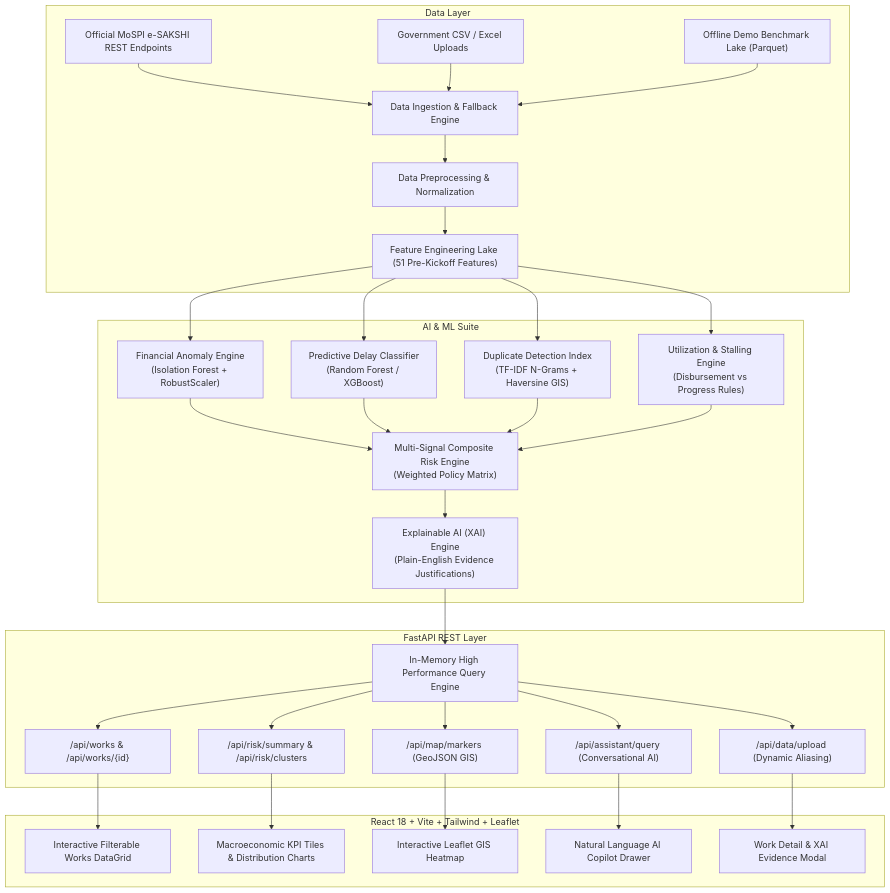
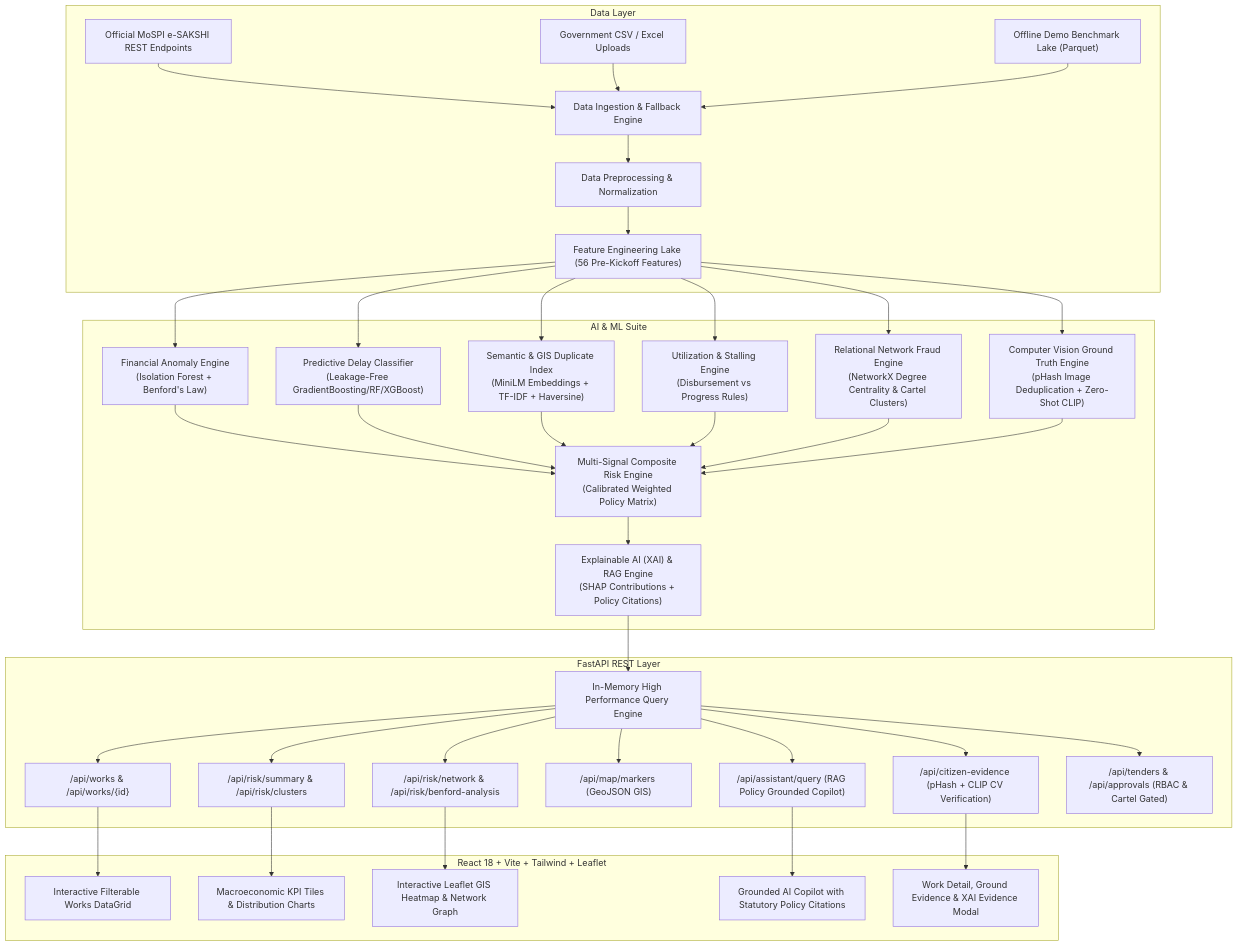
Before and after one commit to chirag-gupta-07/MLPAD-updated: the diagram in README.md, drawn with Mermaid. The commit also changed other lines of this file and 59 other files, not shown here.

Commit message:
feat: add full-page animated intro, logo everywhere, citizen clustering, network analysis, benford fraud detection, and auth gateway

````diff
--- a/README.md
+++ b/README.md
@@ -45,41 +45,47 @@
 ```mermaid
 flowchart TB
     subgraph Data Layer
         A1["Official MoSPI e-SAKSHI REST Endpoints"] --> B1["Data Ingestion & Fallback Engine"]
         A2["Government CSV / Excel Uploads"] --> B1
         A3["Offline Demo Benchmark Lake (Parquet)"] --> B1
         B1 --> C1["Data Preprocessing & Normalization"]
-        C1 --> D1["Feature Engineering Lake (51 Pre-Kickoff Features)"]
+        C1 --> D1["Feature Engineering Lake (56 Pre-Kickoff Features)"]
     end
 
     subgraph AI & ML Suite
-        D1 --> M1["Financial Anomaly Engine<br/>(Isolation Forest + RobustScaler)"]
-        D1 --> M2["Predictive Delay Classifier<br/>(Random Forest / XGBoost)"]
-        D1 --> M3["Duplicate Detection Index<br/>(TF-IDF N-Grams + Haversine GIS)"]
+        D1 --> M1["Financial Anomaly Engine<br/>(Isolation Forest + Benford's Law)"]
+        D1 --> M2["Predictive Delay Classifier<br/>(Leakage-Free GradientBoosting/RF/XGBoost)"]
+        D1 --> M3["Semantic & GIS Duplicate Index<br/>(MiniLM Embeddings + TF-IDF + Haversine)"]
         D1 --> M4["Utilization & Stalling Engine<br/>(Disbursement vs Progress Rules)"]
+        D1 --> M5["Relational Network Fraud Engine<br/>(NetworkX Degree Centrality & Cartel Clusters)"]
+        D1 --> M6["Computer Vision Ground Truth Engine<br/>(pHash Image Deduplication + Zero-Shot CLIP)"]
         
-        M1 --> FUSION["Multi-Signal Composite Risk Engine<br/>(Weighted Policy Matrix)"]
+        M1 --> FUSION["Multi-Signal Composite Risk Engine<br/>(Calibrated Weighted Policy Matrix)"]
         M2 --> FUSION
         M3 --> FUSION
         M4 --> FUSION
+        M5 --> FUSION
+        M6 --> FUSION
         
-        FUSION --> XAI["Explainable AI (XAI) Engine<br/>(Plain-English Evidence Justifications)"]
+        FUSION --> XAI["Explainable AI (XAI) & RAG Engine<br/>(SHAP Contributions + Policy Citations)"]
     end
 
     subgraph Backend Services [FastAPI REST Layer]
         XAI --> S1["In-Memory High Performance Query Engine"]
         S1 --> API1["/api/works & /api/works/{id}"]
         S1 --> API2["/api/risk/summary & /api/risk/clusters"]
-        S1 --> API3["/api/map/markers (GeoJSON GIS)"]
-        S1 --> API4["/api/assistant/query (Conversational AI)"]
-        S1 --> API5["/api/data/upload (Dynamic Aliasing)"]
+        S1 --> API3["/api/risk/network & /api/risk/benford-analysis"]
+        S1 --> API4["/api/map/markers (GeoJSON GIS)"]
+        S1 --> API5["/api/assistant/query (RAG Policy Grounded Copilot)"]
+        S1 --> API6["/api/citizen-evidence (pHash + CLIP CV Verification)"]
+        S1 --> API7["/api/tenders & /api/approvals (RBAC & Cartel Gated)"]
     end
 
     subgraph Frontend Dashboard [React 18 + Vite + Tailwind + Leaflet]
         API1 --> UI1["Interactive Filterable Works DataGrid"]
         API2 --> UI2["Macroeconomic KPI Tiles & Distribution Charts"]
-        API3 --> UI3["Interactive Leaflet GIS Heatmap"]
-        API4 --> UI4["Natural Language AI Copilot Drawer"]
-        API5 --> UI5["Work Detail & XAI Evidence Modal"]
+        API3 --> UI3["Interactive Leaflet GIS Heatmap & Network Graph"]
+        API5 --> UI4["Grounded AI Copilot with Statutory Policy Citations"]
+        API6 --> UI5["Work Detail, Ground Evidence & XAI Evidence Modal"]
     end
 ```
````
